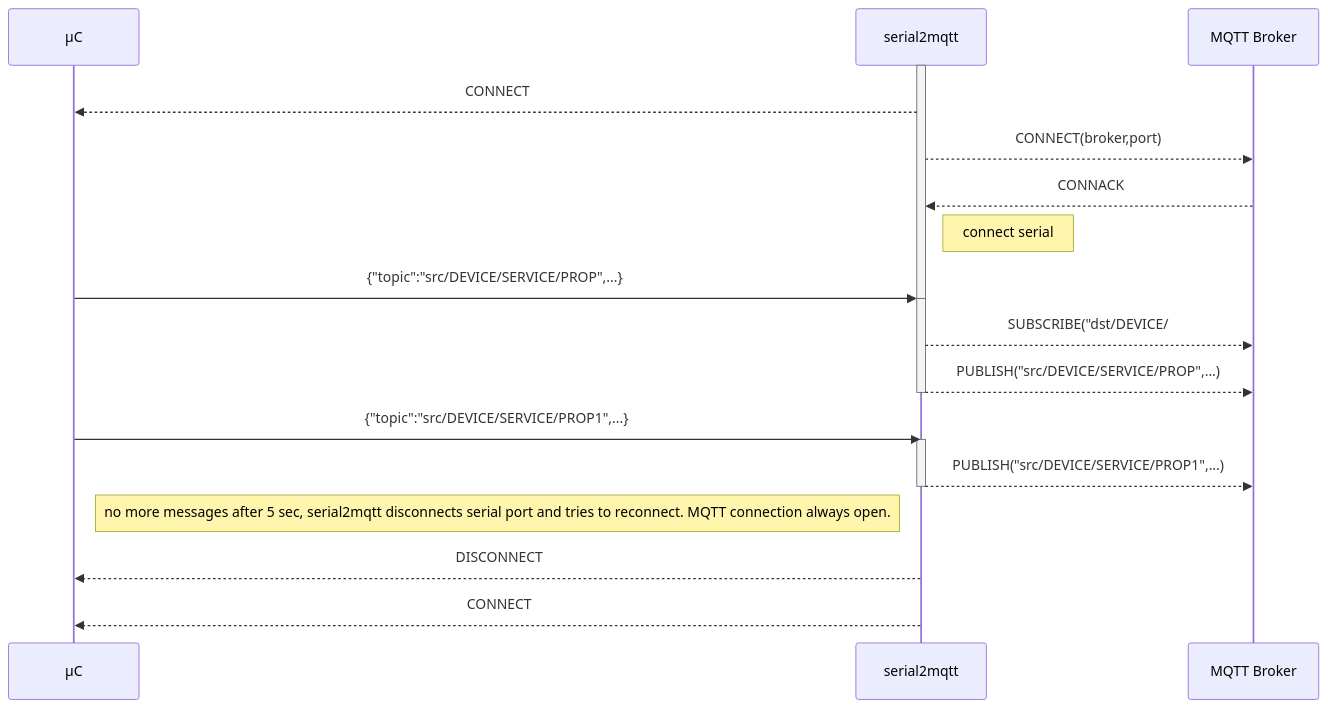
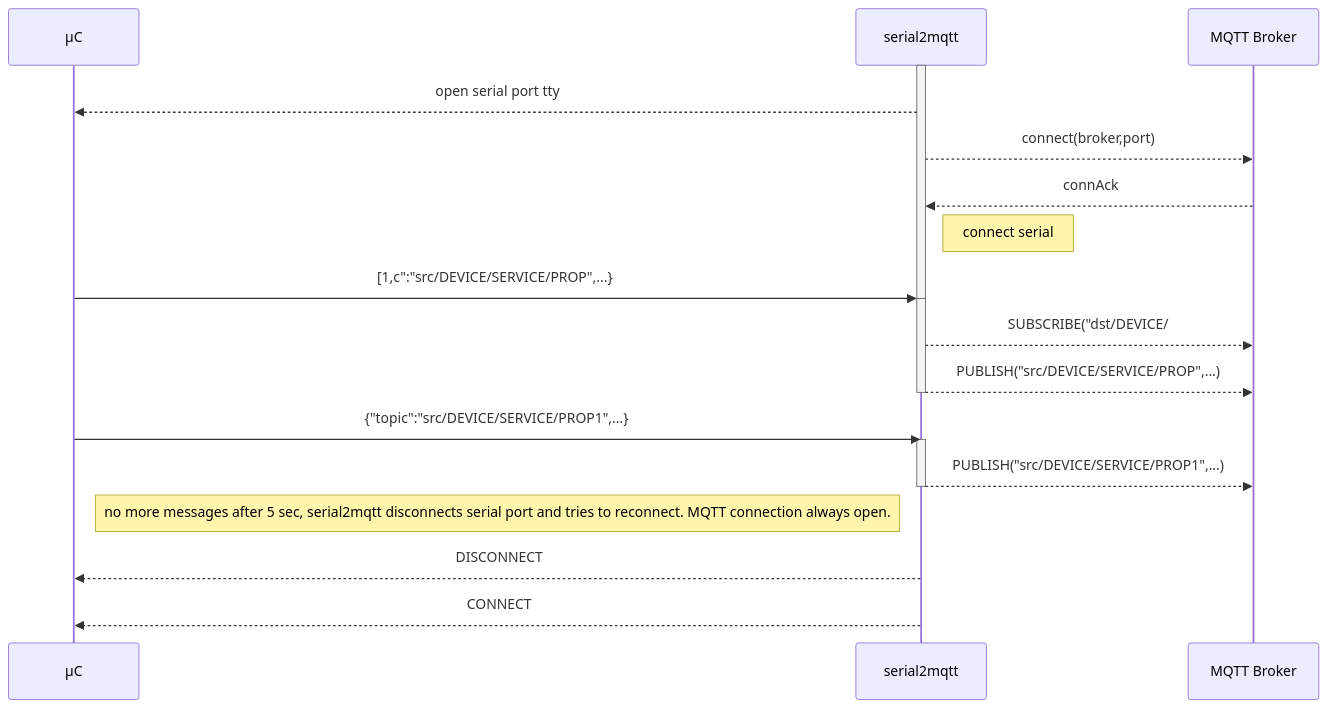
One commit to vortex314/serial2mqtt changed the first of 2 diagrams in README.md. Above: the diagram before and after it, drawn with Mermaid. The commit also changed other lines of this file, not shown here.

Commit message:
README.md updated from https://stackedit.io/

````diff
--- a/README.md
+++ b/README.md
@@ -65,24 +63,24 @@
 ```mermaid
 sequenceDiagram
 participant µC
 participant serial2mqtt
 participant MQTT Broker
 activate serial2mqtt
-serial2mqtt-->>µC: CONNECT
-serial2mqtt-->>MQTT Broker: CONNECT(broker,port)
-MQTT Broker -->> serial2mqtt: CONNACK
+serial2mqtt-->>µC: open serial port tty
+serial2mqtt-->>MQTT Broker: connect(broker,port)
+MQTT Broker -->> serial2mqtt: connAck
 Note right of serial2mqtt: connect serial
-µC->> serial2mqtt: {"topic":"src/DEVICE/SERVICE/PROP",...}
+µC->> serial2mqtt: [1,c":"src/DEVICE/SERVICE/PROP",...}
 deactivate serial2mqtt
 activate serial2mqtt
 serial2mqtt-->>MQTT Broker: SUBSCRIBE("dst/DEVICE/#")
 serial2mqtt-->>MQTT Broker: PUBLISH("src/DEVICE/SERVICE/PROP",...)
 deactivate serial2mqtt
 µC->> serial2mqtt: {"topic":"src/DEVICE/SERVICE/PROP1",...}
 activate serial2mqtt
 serial2mqtt-->>MQTT Broker:  PUBLISH("src/DEVICE/SERVICE/PROP1",...)
 deactivate serial2mqtt
 Note right of µC: no more messages after 5 sec, serial2mqtt disconnects serial port and tries to reconnect. MQTT connection always open.
 serial2mqtt-->>µC: DISCONNECT
 serial2mqtt-->>µC: CONNECT
 ```
````
